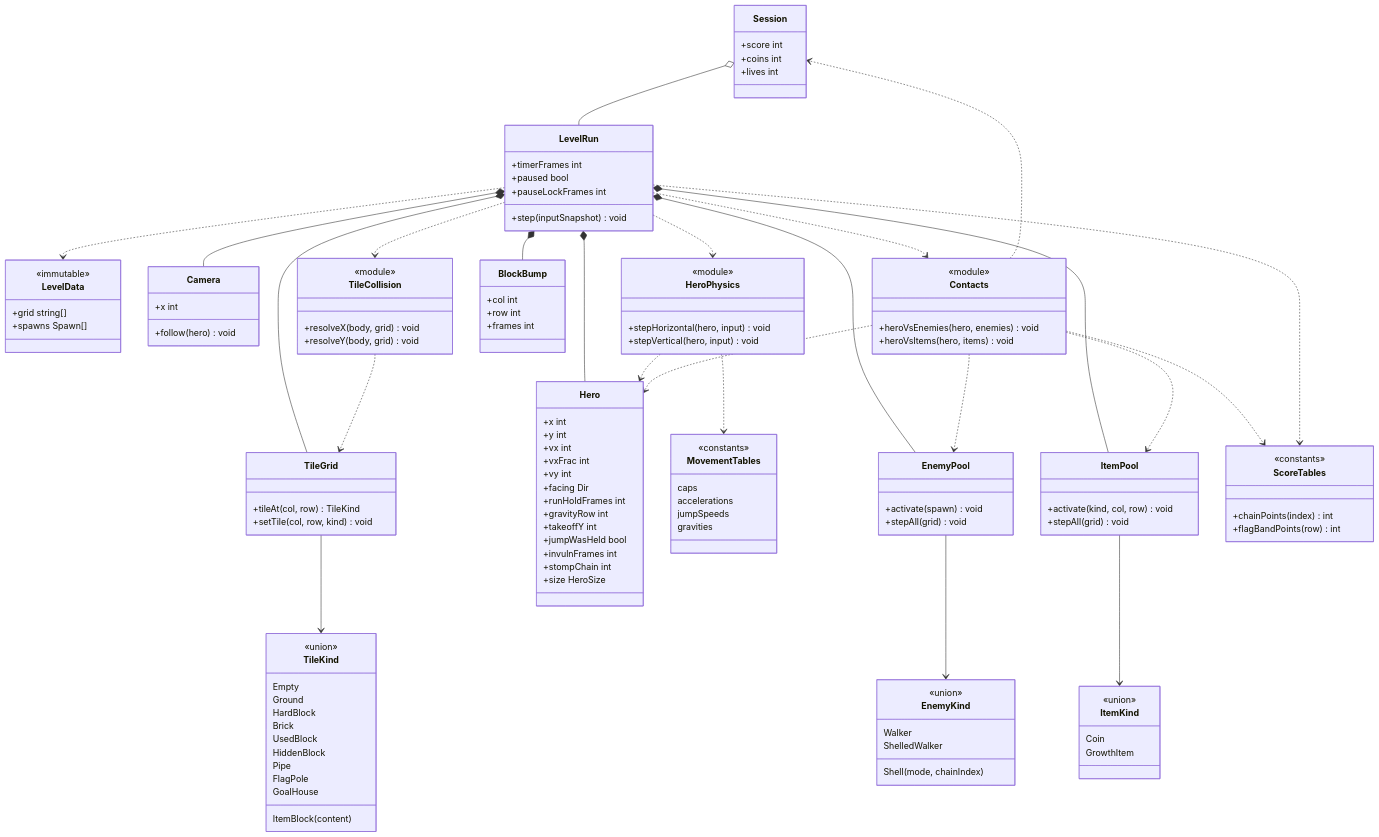
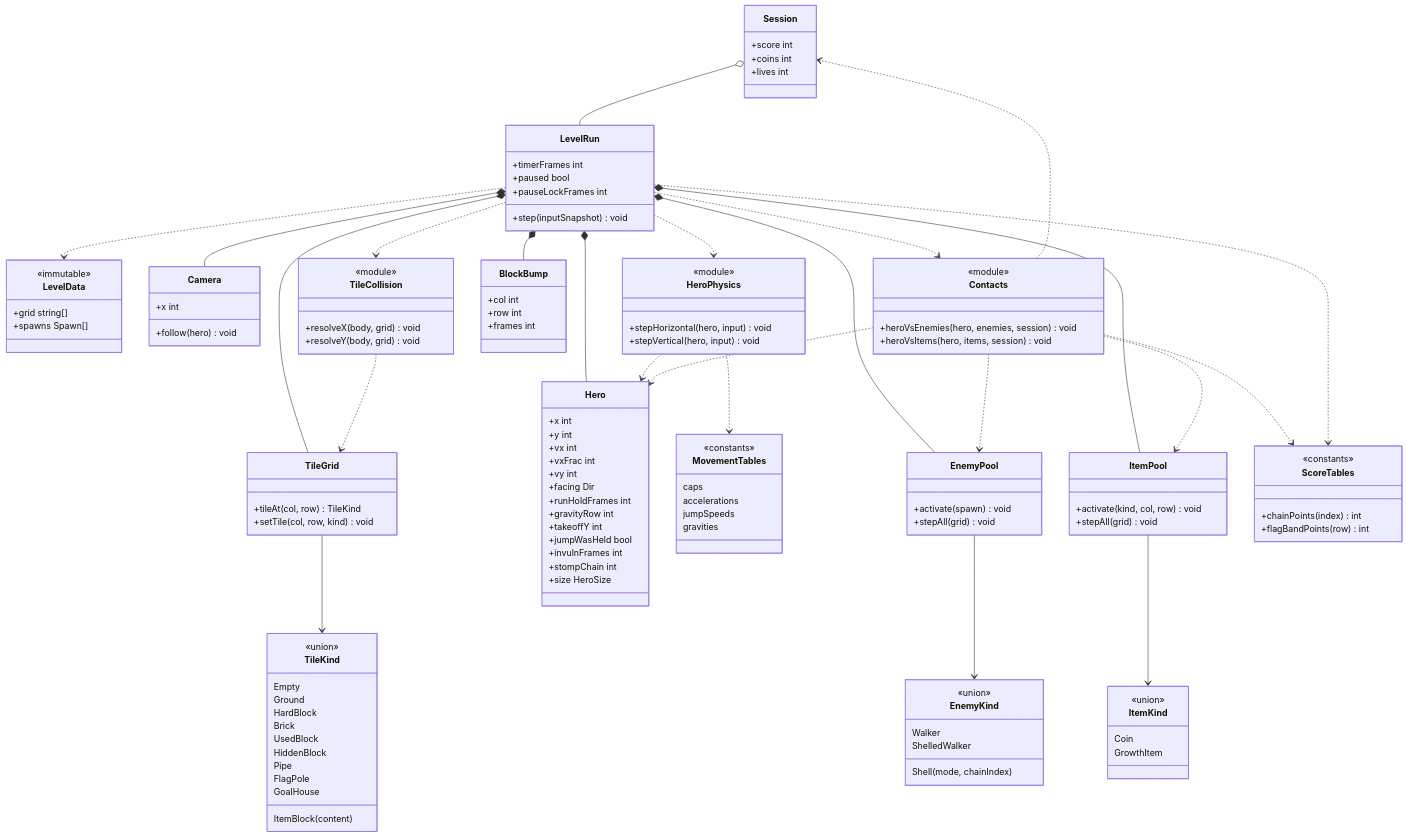
The diagram in docs/architecture/diagrams/gameplay/04-class-domain.md (benoit-bremaud/retro-plumber), drawn with Mermaid before and after one commit. The commit also changed 1 other file, not shown here.

Commit message:
docs(uml): Contacts takes the session, Paused as Playing substate (#8)

```diff
--- a/docs/architecture/diagrams/gameplay/04-class-domain.md
+++ b/docs/architecture/diagrams/gameplay/04-class-domain.md
@@ -107,8 +107,8 @@
     }
     class Contacts {
         <<module>>
-        +heroVsEnemies(hero, enemies) void
-        +heroVsItems(hero, items) void
+        +heroVsEnemies(hero, enemies, session) void
+        +heroVsItems(hero, items, session) void
     }
     class ScoreTables {
         <<constants>>
```
